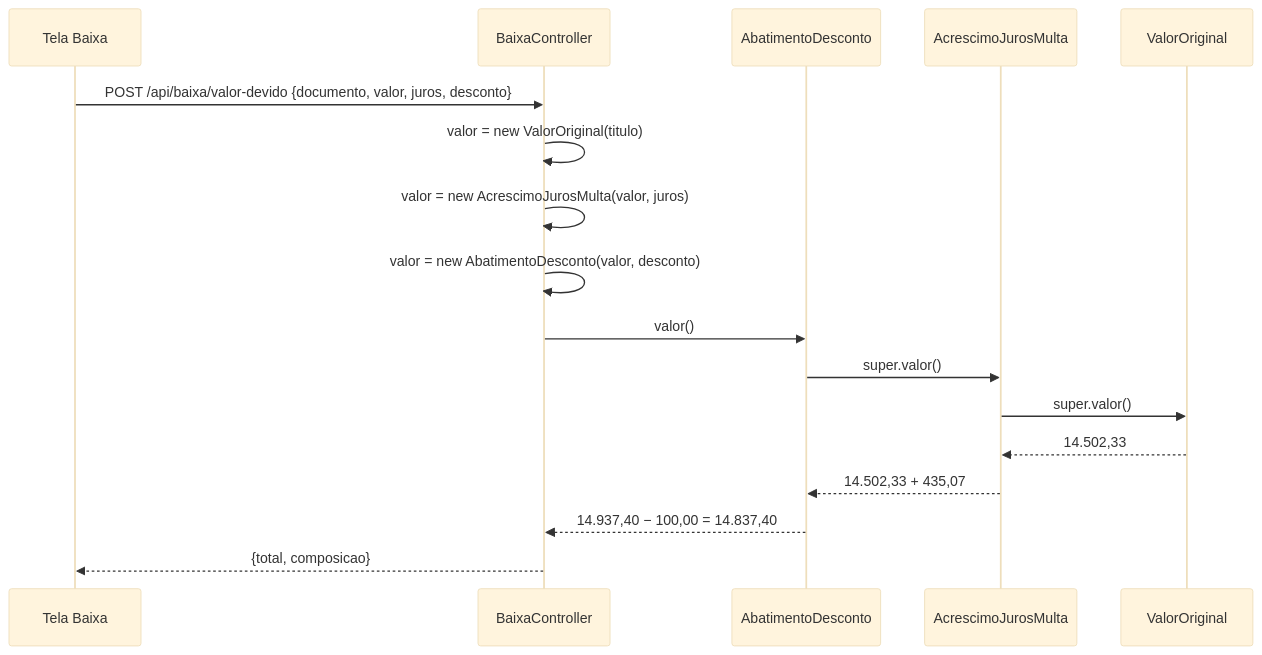
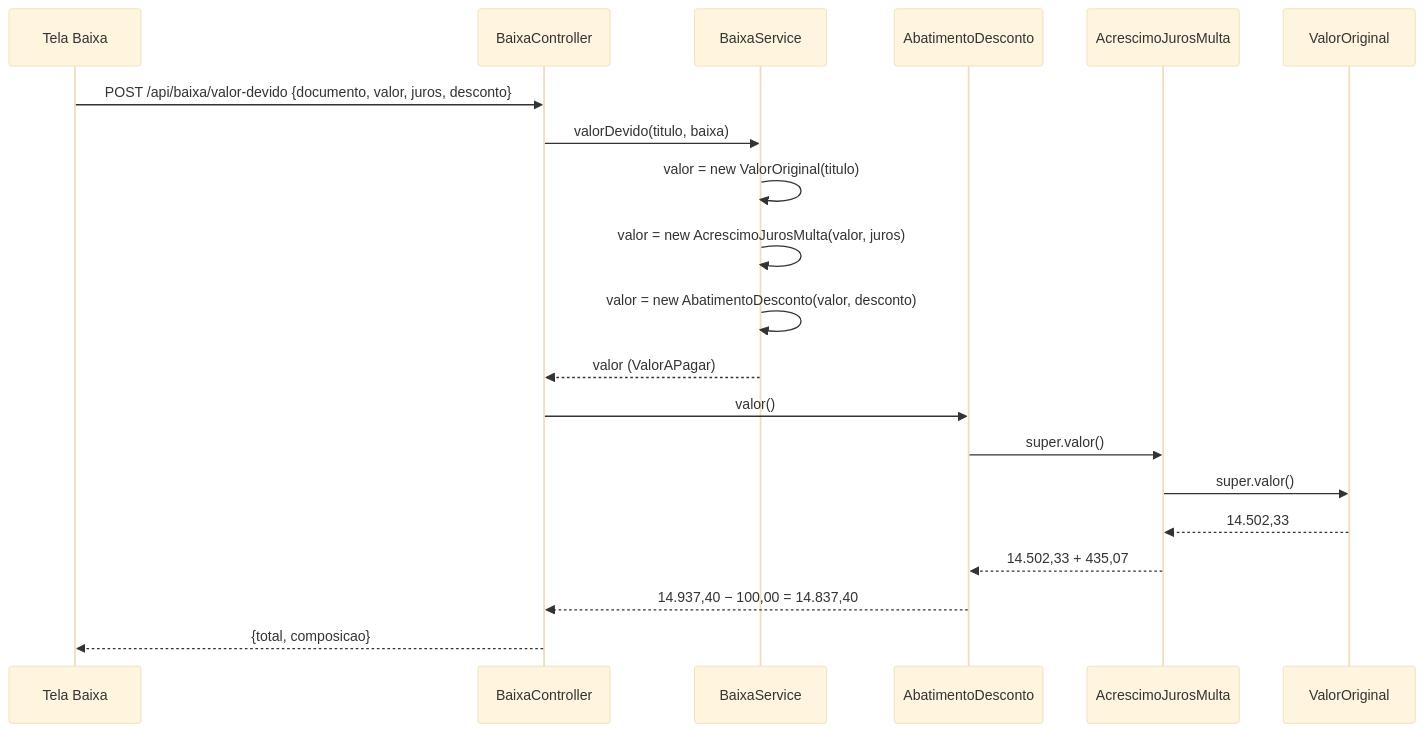
One commit to g-celente/core-conta-flow changed the fourth of 7 diagrams in README.md. Above: the diagram before and after it, drawn with Mermaid (base theme). The commit also changed other lines of this file and 183 other files, not shown here.

````diff
--- a/README.md
+++ b/README.md
@@ -299,19 +316,22 @@
 ```mermaid
 sequenceDiagram
     participant T as Tela Baixa
     participant C as BaixaController
+    participant S as BaixaService
     participant D as AbatimentoDesconto
     participant J as AcrescimoJurosMulta
     participant O as ValorOriginal
     T->>C: POST /api/baixa/valor-devido {documento, valor, juros, desconto}
-    C->>C: valor = new ValorOriginal(titulo)
-    C->>C: valor = new AcrescimoJurosMulta(valor, juros)
-    C->>C: valor = new AbatimentoDesconto(valor, desconto)
+    C->>S: valorDevido(titulo, baixa)
+    S->>S: valor = new ValorOriginal(titulo)
+    S->>S: valor = new AcrescimoJurosMulta(valor, juros)
+    S->>S: valor = new AbatimentoDesconto(valor, desconto)
+    S-->>C: valor (ValorAPagar)
     C->>D: valor()
     D->>J: super.valor()
     J->>O: super.valor()
     O-->>J: 14.502,33
     J-->>D: 14.502,33 + 435,07
     D-->>C: 14.937,40 − 100,00 = 14.837,40
     C-->>T: {total, composicao}
 ```
````
